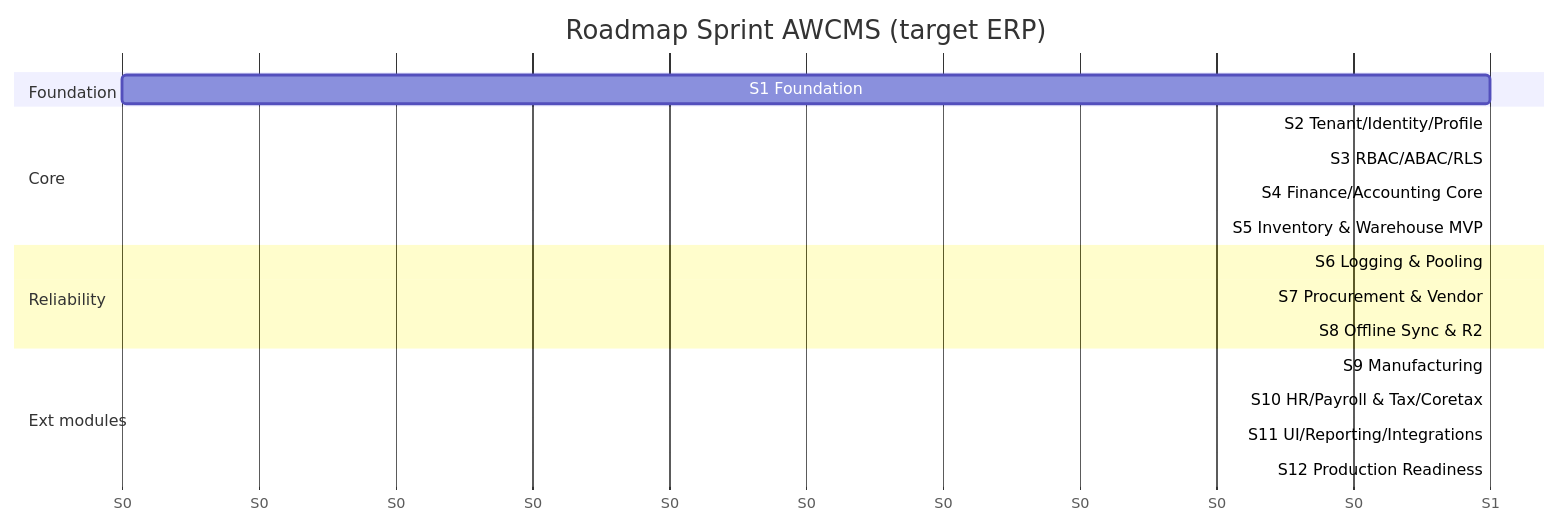
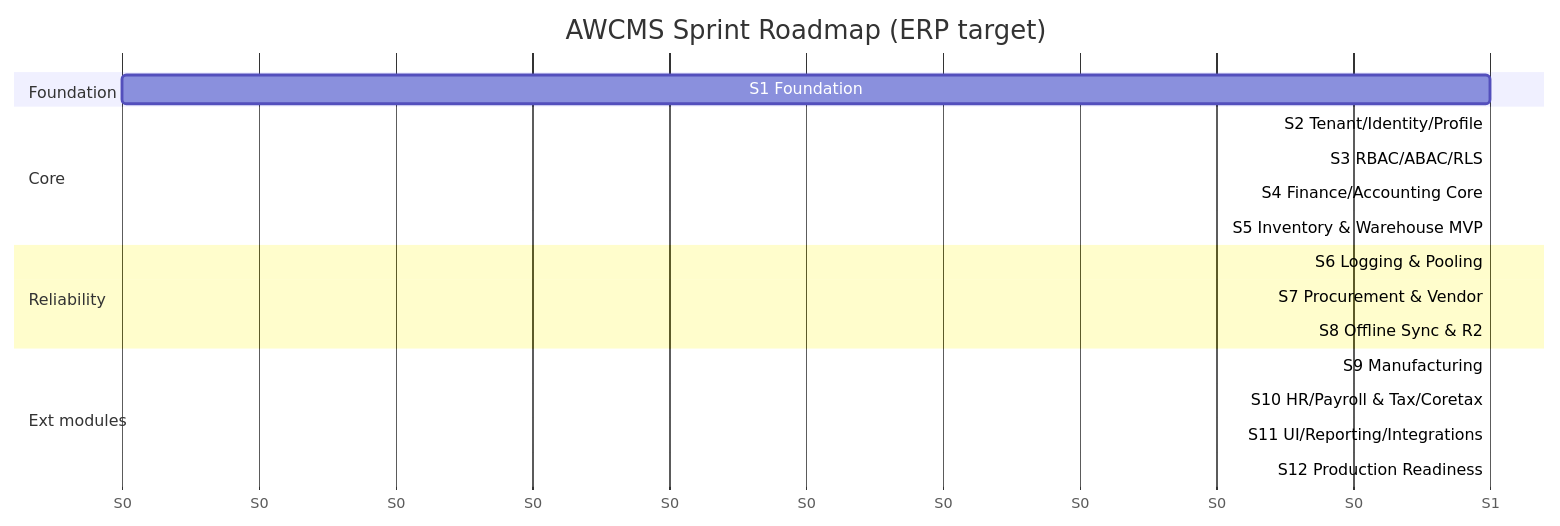
One commit to ahliweb/awcms changed the first of 3 diagrams in docs/awcms/07_sprint_testing_production_readiness.md. Above: the diagram before and after it, drawn with Mermaid. The commit also changed other lines of this file and 603 other files, not shown here.

````diff
--- a/docs/awcms/07_sprint_testing_production_readiness.md
+++ b/docs/awcms/07_sprint_testing_production_readiness.md
@@ -44,22 +46,22 @@
 ```mermaid
 gantt
-  title Roadmap Sprint AWCMS (target ERP)
+  title AWCMS Sprint Roadmap (ERP target)
   dateFormat X
   axisFormat S%s
   section Foundation
   S1 Foundation            :s1, 0, 1
   section Core
   S2 Tenant/Identity/Profile :s2, after s1, 1
   S3 RBAC/ABAC/RLS         :s3, after s2, 1
   S4 Finance/Accounting Core :s4, after s3, 1
   S5 Inventory & Warehouse MVP :s5, after s4, 1
   section Reliability
   S6 Logging & Pooling     :s6, after s5, 1
   S7 Procurement & Vendor  :s7, after s6, 1
   S8 Offline Sync & R2     :s8, after s7, 1
   section Ext modules
   S9 Manufacturing         :s9, after s8, 1
   S10 HR/Payroll & Tax/Coretax :s10, after s9, 1
   S11 UI/Reporting/Integrations :s11, after s10, 1
   S12 Production Readiness  :s12, after s11, 1
 ```
````
